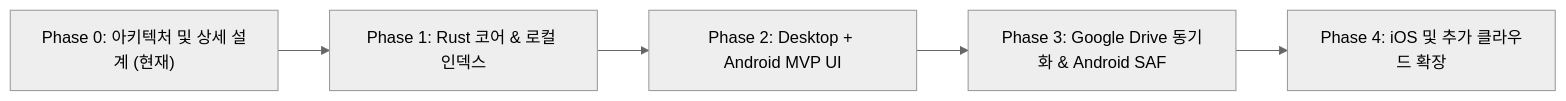
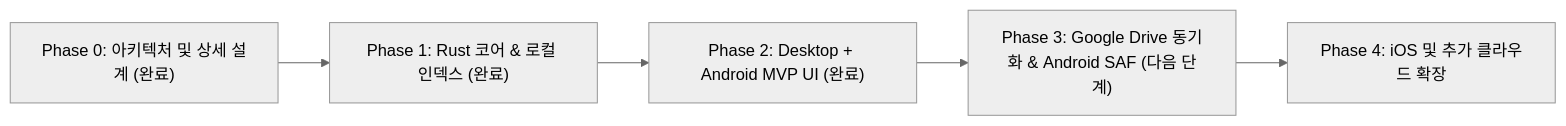
One commit to Othkkartho/NodikleProject changed the diagram in docs/04-roadmap.md. Above: the diagram before and after it, drawn with Mermaid (neutral theme). The commit also changed other lines of this file and 2 other files, not shown here.

Commit message:
docs: update README, roadmap, and CHANGELOG for v0.1.0

````diff
--- a/docs/04-roadmap.md
+++ b/docs/04-roadmap.md
@@ -9,7 +9,7 @@
 ```mermaid
 flowchart LR
-    P0["Phase 0: 아키텍처 및 상세 설계 (현재)"] --> P1["Phase 1: Rust 코어 & 로컬 인덱스"]
-    P1 --> P2["Phase 2: Desktop + Android MVP UI"]
-    P2 --> P3["Phase 3: Google Drive 동기화 & Android SAF"]
+    P0["Phase 0: 아키텍처 및 상세 설계 (완료)"] --> P1["Phase 1: Rust 코어 & 로컬 인덱스 (완료)"]
+    P1 --> P2["Phase 2: Desktop + Android MVP UI (완료)"]
+    P2 --> P3["Phase 3: Google Drive 동기화 & Android SAF (다음 단계)"]
     P3 --> P4["Phase 4: iOS 및 추가 클라우드 확장"]
 ```
````
